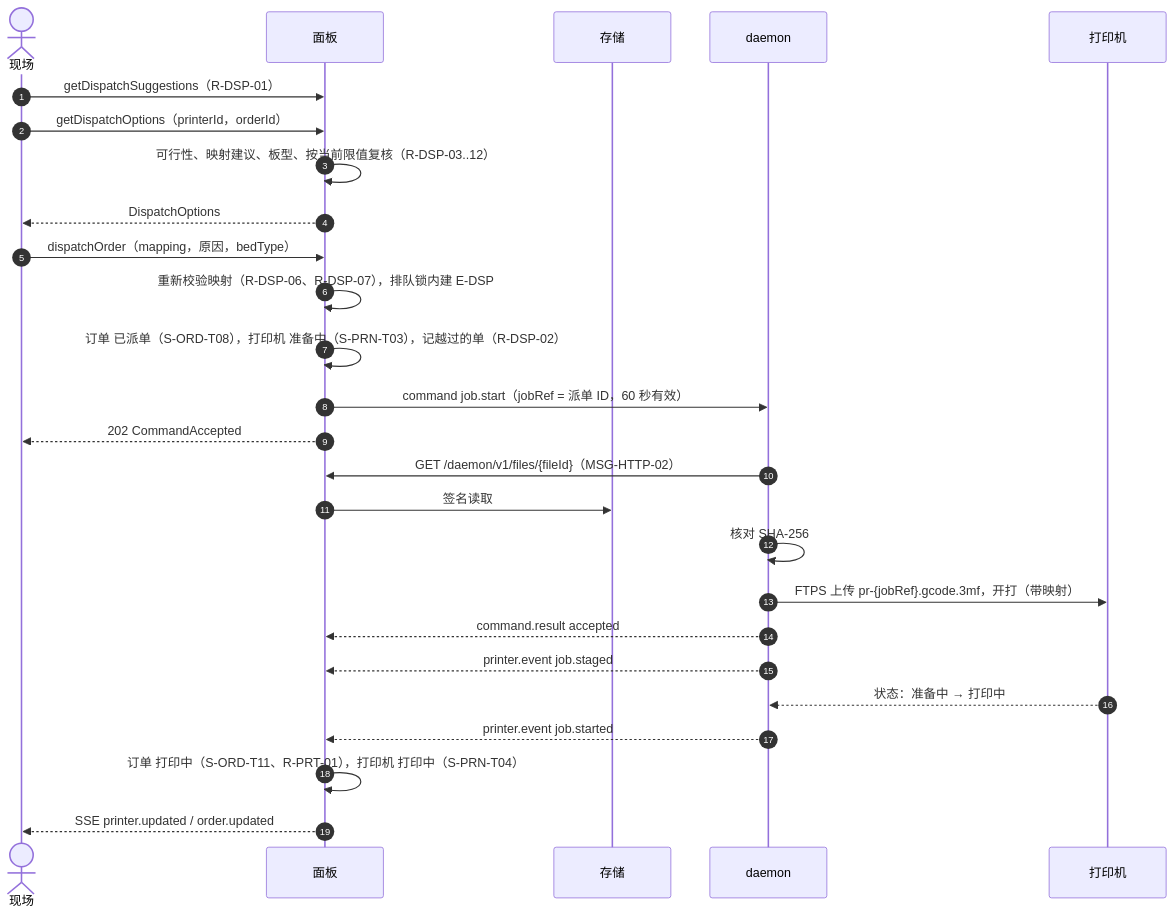
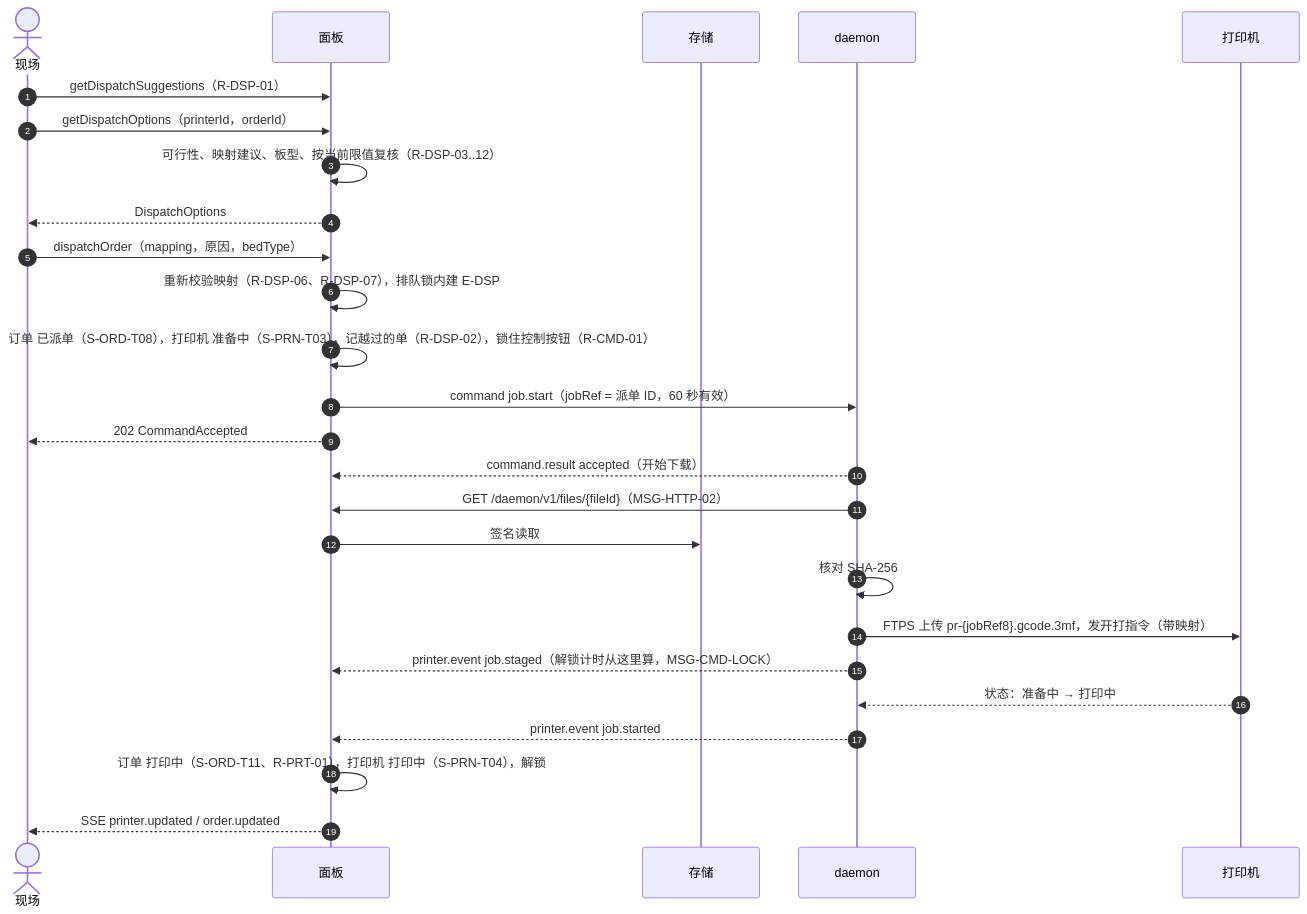
Before and after one commit to PlateRelay/PlateRelay: the third of 11 diagrams in docs/design/03-sequences.md, drawn with Mermaid. The commit also changed other lines of this file, not shown here.

First line of the commit message:
docs(design): align sequences with command lock and trace-reconcile decisions

````diff
--- a/docs/design/03-sequences.md
+++ b/docs/design/03-sequences.md
@@ -128,28 +113,28 @@
 ```mermaid
 sequenceDiagram
   autonumber
   actor S as 现场
   participant P as 面板
   participant O as 存储
   participant D as daemon
   participant R as 打印机
   S->>P: getDispatchSuggestions（R-DSP-01）
   S->>P: getDispatchOptions（printerId，orderId）
   P->>P: 可行性、映射建议、板型、按当前限值复核（R-DSP-03..12）
   P-->>S: DispatchOptions
   S->>P: dispatchOrder（mapping，原因，bedType）
   P->>P: 重新校验映射（R-DSP-06、R-DSP-07），排队锁内建 E-DSP
-  P->>P: 订单 已派单（S-ORD-T08），打印机 准备中（S-PRN-T03），记越过的单（R-DSP-02）
+  P->>P: 订单 已派单（S-ORD-T08），打印机 准备中（S-PRN-T03），记越过的单（R-DSP-02），锁住控制按钮（R-CMD-01）
   P->>D: command job.start（jobRef = 派单 ID，60 秒有效）
   P-->>S: 202 CommandAccepted
+  D-->>P: command.result accepted（开始下载）
   D->>P: GET /daemon/v1/files/{fileId}（MSG-HTTP-02）
   P->>O: 签名读取
   D->>D: 核对 SHA-256
-  D->>R: FTPS 上传 pr-{jobRef}.gcode.3mf，开打（带映射）
-  D-->>P: command.result accepted
-  D-->>P: printer.event job.staged
+  D->>R: FTPS 上传 pr-{jobRef8}.gcode.3mf，发开打指令（带映射）
+  D-->>P: printer.event job.staged（解锁计时从这里算，MSG-CMD-LOCK）
   R-->>D: 状态：准备中 → 打印中
   D-->>P: printer.event job.started
-  P->>P: 订单 打印中（S-ORD-T11、R-PRT-01），打印机 打印中（S-PRN-T04）
+  P->>P: 订单 打印中（S-ORD-T11、R-PRT-01），打印机 打印中（S-PRN-T04），解锁
   P-->>S: SSE printer.updated / order.updated
 ```
````
